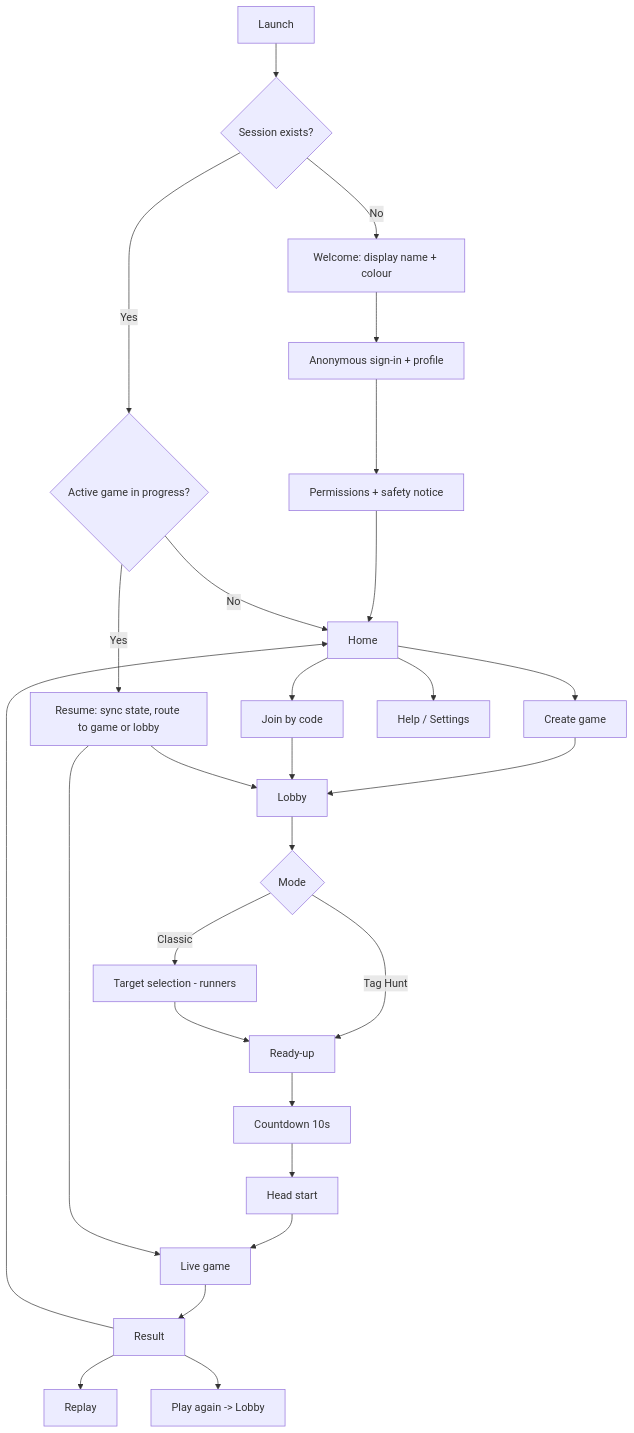
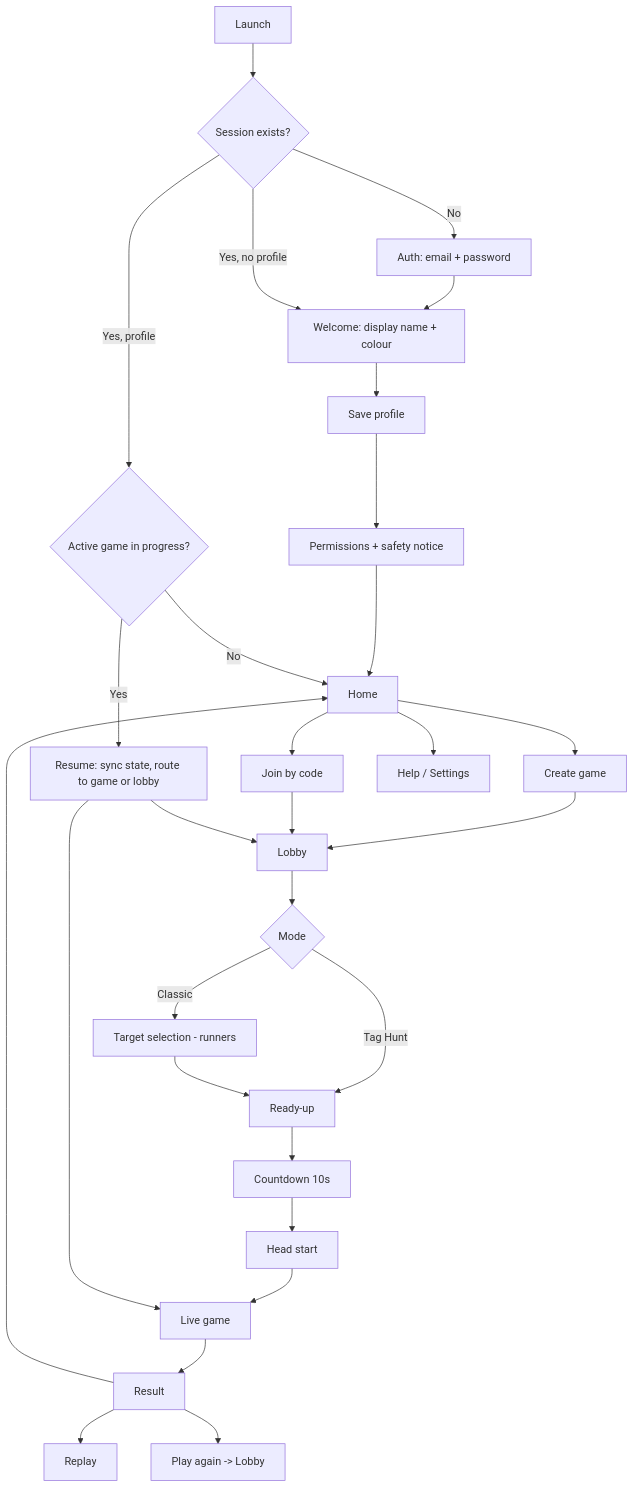
Before and after one commit to ArshvirSk/GhostRun: the first of 12 diagrams in docs/FLOW.md, drawn with Mermaid. The commit also changed 3 other files, not shown here.

First line of the commit message:
Document email/password onboarding

````diff
--- a/docs/FLOW.md
+++ b/docs/FLOW.md
@@ -9,29 +9,31 @@
 ```mermaid
 flowchart TD
   A[Launch] --> B{Session exists?}
-  B -- No --> C[Welcome: display name + colour]
-  C --> D[Anonymous sign-in + profile]
-  B -- Yes --> E{Active game in progress?}
+  B -- No --> AUTH[Auth: email + password]
+  AUTH --> C[Welcome: display name + colour]
+  B -- Yes, no profile --> C
+  C --> D[Save profile]
+  B -- Yes, profile --> E{Active game in progress?}
   D --> F[Permissions + safety notice]
   F --> G[Home]
   E -- Yes --> R[Resume: sync state, route to game or lobby]
   E -- No --> G
   G --> H[Create game]
   G --> I[Join by code]
   H --> L[Lobby]
   I --> L
   L --> M{Mode}
   M -- Classic --> T[Target selection - runners]
   M -- Tag Hunt --> P[Ready-up]
   T --> P
   P --> Q[Countdown 10s]
   Q --> S[Head start]
   S --> U[Live game]
   U --> V[Result]
   V --> W[Replay]
   V --> X[Play again -> Lobby]
   V --> G
   G --> Y[Help / Settings]
   R --> L
   R --> U
 ```
````
